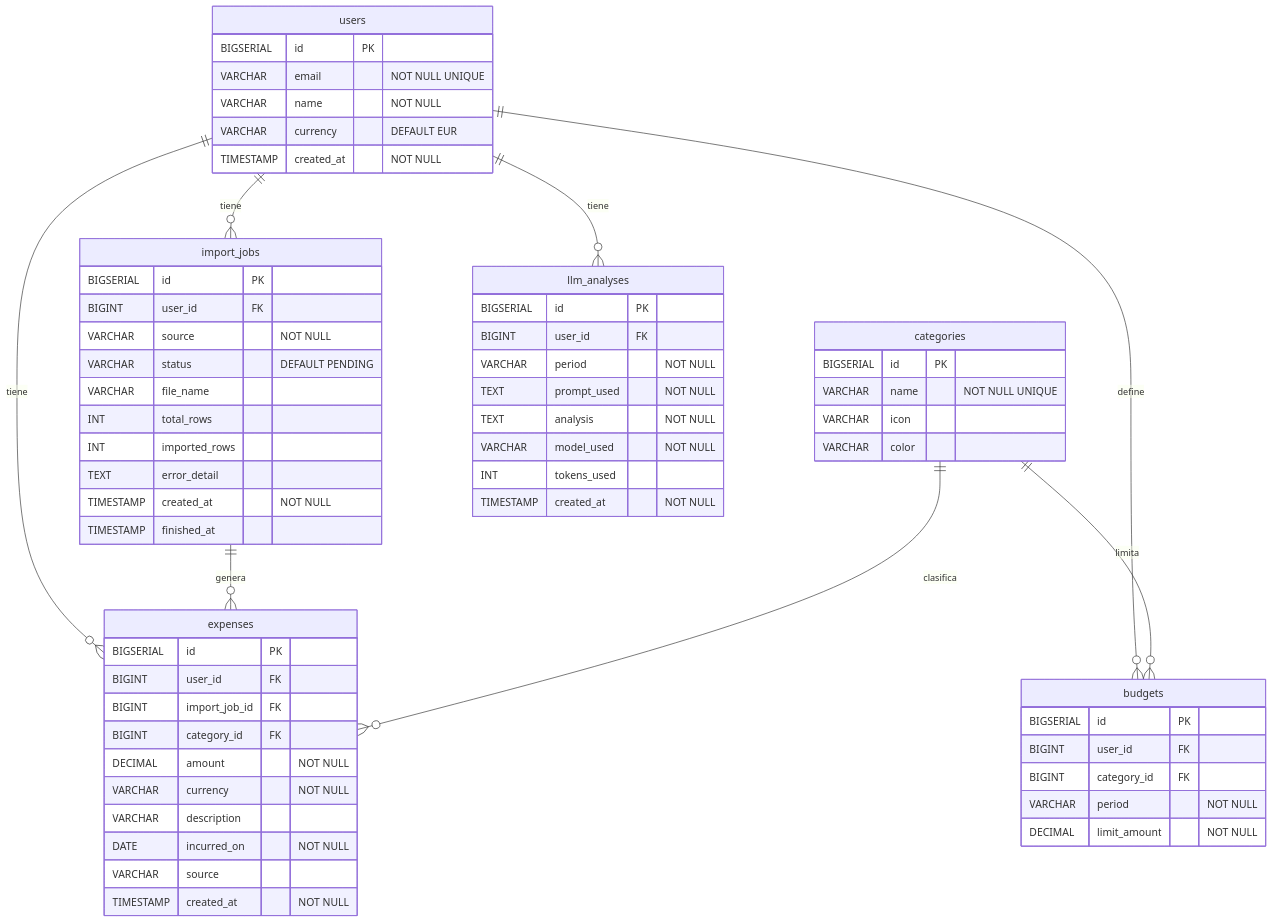
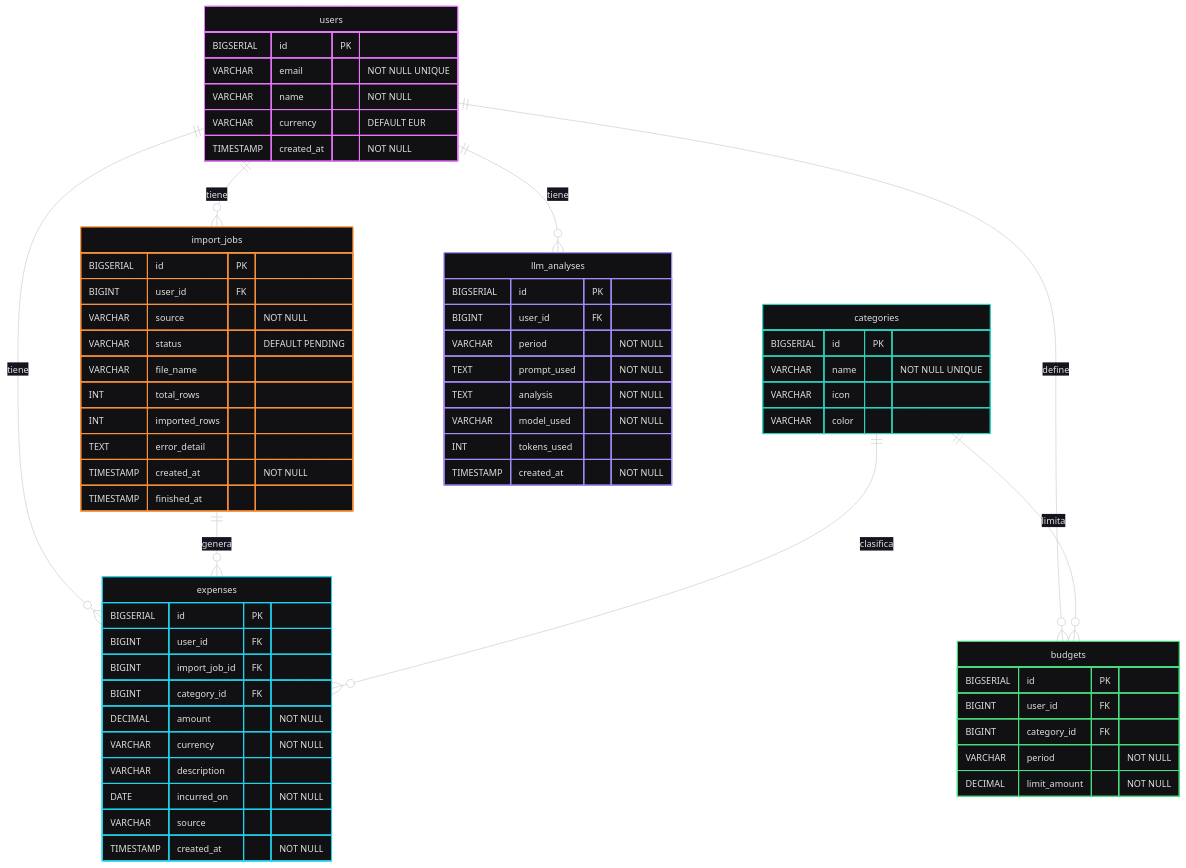
Before and after one commit to maaaaquiiii/Aureus: the diagram in README.md, drawn with Mermaid.

Commit message:
Modify mermaid diagram theme in README
Updated mermaid diagram configuration in README.

````diff
--- a/README.md
+++ b/README.md
@@ -6,70 +1,74 @@
 ```mermaid
+---
+config:
+  theme: redux-dark-color
+---
 erDiagram
     users {
         BIGSERIAL id PK
         VARCHAR email "NOT NULL UNIQUE"
         VARCHAR name "NOT NULL"
         VARCHAR currency "DEFAULT EUR"
         TIMESTAMP created_at "NOT NULL"
     }
 
     categories {
         BIGSERIAL id PK
         VARCHAR name "NOT NULL UNIQUE"
         VARCHAR icon
         VARCHAR color
     }
 
     import_jobs {
         BIGSERIAL id PK
         BIGINT user_id FK
         VARCHAR source "NOT NULL"
         VARCHAR status "DEFAULT PENDING"
         VARCHAR file_name
         INT total_rows
         INT imported_rows
         TEXT error_detail
         TIMESTAMP created_at "NOT NULL"
         TIMESTAMP finished_at
     }
 
     expenses {
         BIGSERIAL id PK
         BIGINT user_id FK
         BIGINT import_job_id FK
         BIGINT category_id FK
         DECIMAL amount "NOT NULL"
         VARCHAR currency "NOT NULL"
         VARCHAR description
         DATE incurred_on "NOT NULL"
         VARCHAR source
         TIMESTAMP created_at "NOT NULL"
     }
 
     budgets {
         BIGSERIAL id PK
         BIGINT user_id FK
         BIGINT category_id FK
         VARCHAR period "NOT NULL"
         DECIMAL limit_amount "NOT NULL"
     }
 
     llm_analyses {
         BIGSERIAL id PK
         BIGINT user_id FK
         VARCHAR period "NOT NULL"
         TEXT prompt_used "NOT NULL"
         TEXT analysis "NOT NULL"
         VARCHAR model_used "NOT NULL"
         INT tokens_used
         TIMESTAMP created_at "NOT NULL"
     }
 
     users ||--o{ import_jobs : "tiene"
     users ||--o{ expenses : "tiene"
     users ||--o{ budgets : "define"
     users ||--o{ llm_analyses : "tiene"
     import_jobs ||--o{ expenses : "genera"
     categories ||--o{ expenses : "clasifica"
     categories ||--o{ budgets : "limita"
 ```
````
